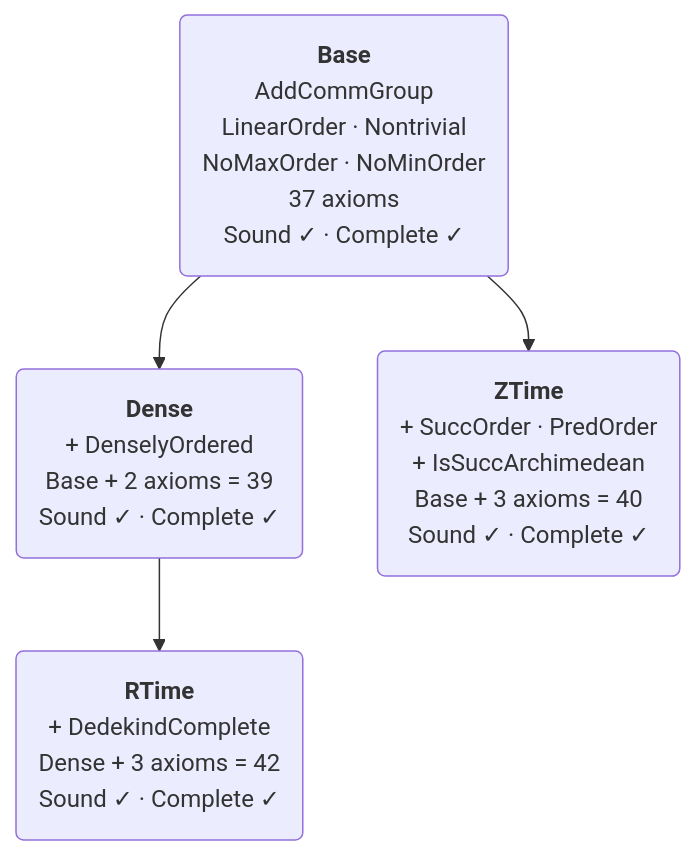
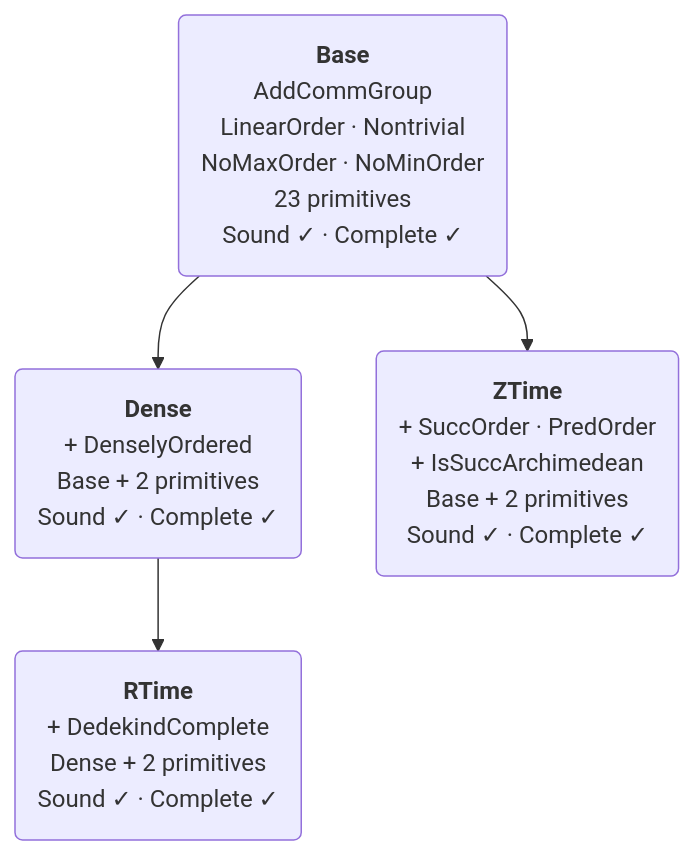
Before and after one commit to benbrastmckie/BimodalLogic: the diagram in README.md, drawn with Mermaid. The commit also changed other lines of this file and 2 other files, not shown here.

````diff
--- a/README.md
+++ b/README.md
@@ -178,11 +178,11 @@
 ```mermaid
 graph TD
-    B("<b>Base</b><br/>AddCommGroup<br/>LinearOrder · Nontrivial<br/>NoMaxOrder · NoMinOrder<br/>37 axioms<br/>Sound ✓ · Complete ✓")
-    D("<b>Dense</b><br/>+ DenselyOrdered<br/>Base + 2 axioms = 39<br/>Sound ✓ · Complete ✓")
-    C("<b>RTime</b><br/>+ DedekindComplete<br/>Dense + 3 axioms = 42<br/>Sound ✓ · Complete ✓")
-    Z("<b>ZTime</b><br/>+ SuccOrder · PredOrder<br/>+ IsSuccArchimedean<br/>Base + 3 axioms = 40<br/>Sound ✓ · Complete ✓")
+    B("<b>Base</b><br/>AddCommGroup<br/>LinearOrder · Nontrivial<br/>NoMaxOrder · NoMinOrder<br/>23 primitives<br/>Sound ✓ · Complete ✓")
+    D("<b>Dense</b><br/>+ DenselyOrdered<br/>Base + 2 primitives<br/>Sound ✓ · Complete ✓")
+    C("<b>RTime</b><br/>+ DedekindComplete<br/>Dense + 2 primitives<br/>Sound ✓ · Complete ✓")
+    Z("<b>ZTime</b><br/>+ SuccOrder · PredOrder<br/>+ IsSuccArchimedean<br/>Base + 2 primitives<br/>Sound ✓ · Complete ✓")
 
     B --> D
     D --> C
     B --> Z
 ```
````
